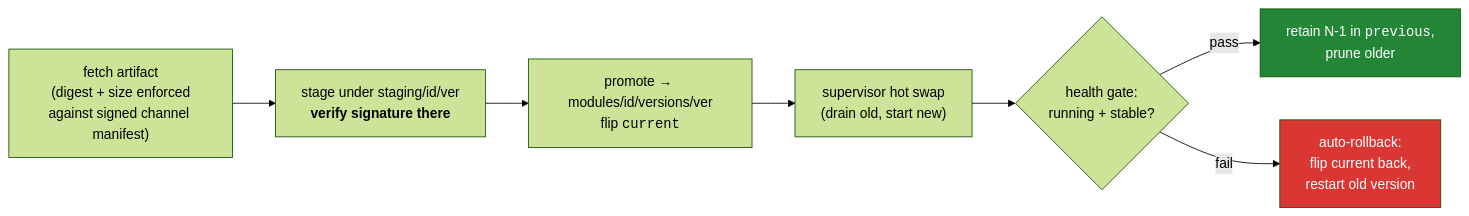
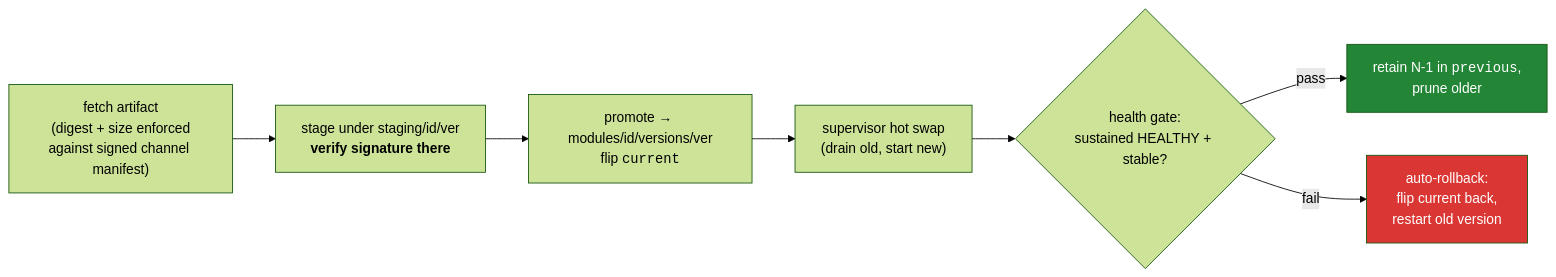
Before and after one commit to deploymenttheory/weaveplatform-agent-core: the fifth of 6 diagrams in docs/architecture.md, drawn with Mermaid (forest theme). The commit also changed other lines of this file and 2 other files, not shown here.

````diff
--- a/docs/architecture.md
+++ b/docs/architecture.md
@@ -124,17 +125,17 @@
 ```mermaid
 flowchart LR
     fetch["fetch artifact<br/>(digest + size enforced<br/>against signed channel manifest)"]
     stage["stage under staging/id/ver<br/><b>verify signature there</b>"]
     promote["promote → modules/id/versions/ver<br/>flip <code>current</code>"]
     swap["supervisor hot swap<br/>(drain old, start new)"]
-    gate{"health gate:<br/>running + stable?"}
+    gate{"health gate:<br/>sustained HEALTHY + stable?"}
     ok["retain N-1 in <code>previous</code>,<br/>prune older"]
     rb["auto-rollback:<br/>flip current back,<br/>restart old version"]
 
     fetch --> stage --> promote --> swap --> gate
     gate -->|pass| ok
     gate -->|fail| rb
 
     style rb fill:#da3633,color:#fff
     style ok fill:#238636,color:#fff
 ```
````
